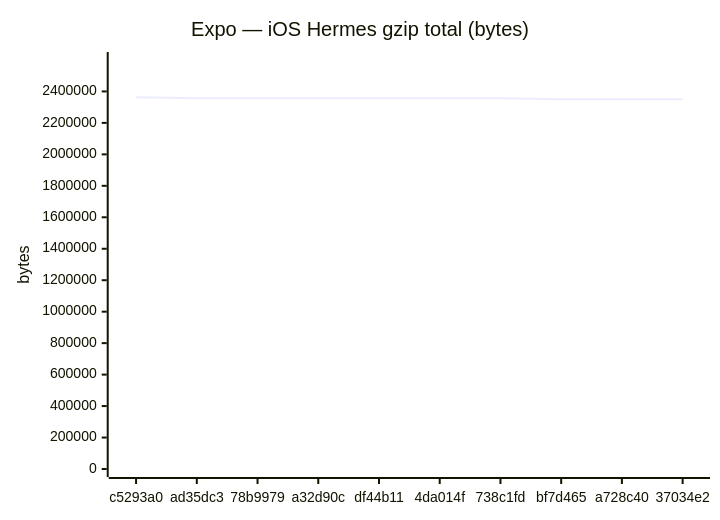
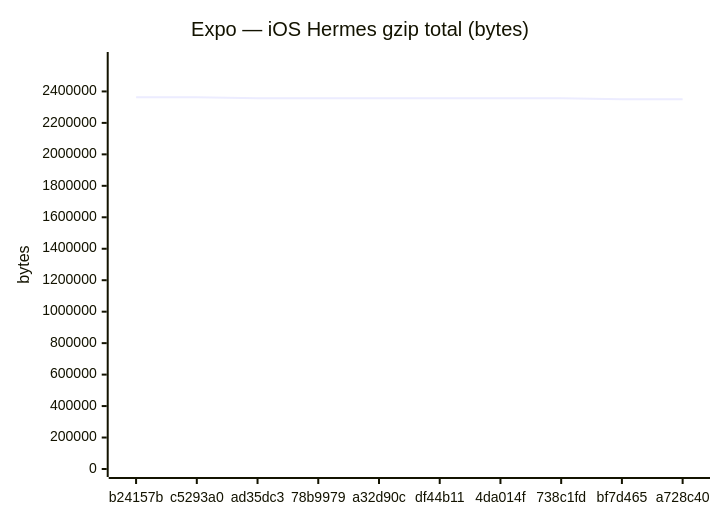
The eighth of 24 diagrams in benchmarks/compare.md (Metaheurist/Rianell), drawn with Mermaid before and after one commit. The commit also changed other lines of this file and 14 other files, not shown here.

````diff
--- a/benchmarks/compare.md
+++ b/benchmarks/compare.md
@@ -123,7 +123,7 @@
 ```mermaid
 xychart-beta
     title "Expo — iOS Hermes gzip total (bytes)"
-    x-axis ["c5293a0", "ad35dc3", "78b9979", "a32d90c", "df44b11", "4da014f", "738c1fd", "bf7d465", "a728c40", "37034e2"]
-    y-axis "bytes" 0 --> 2599773
-    line [2363430, 2356086, 2356086, 2356058, 2356058, 2356060, 2356059, 2350178, 2350175, 2350043]
+    x-axis ["b24157b", "c5293a0", "ad35dc3", "78b9979", "a32d90c", "df44b11", "4da014f", "738c1fd", "bf7d465", "a728c40"]
+    y-axis "bytes" 0 --> 2599775
+    line [2363431, 2363430, 2356086, 2356086, 2356058, 2356058, 2356060, 2356059, 2350178, 2350175]
 ```
````
